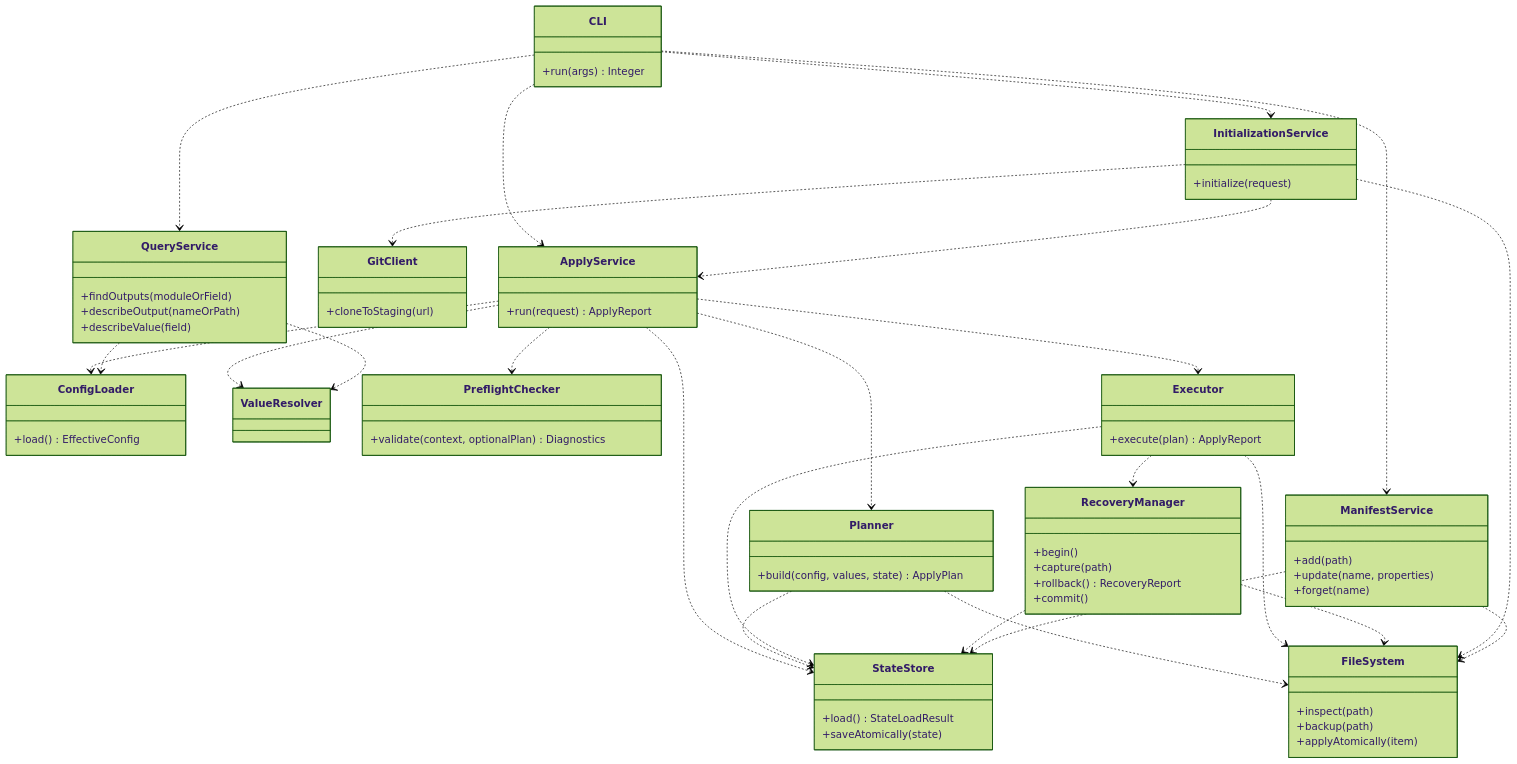
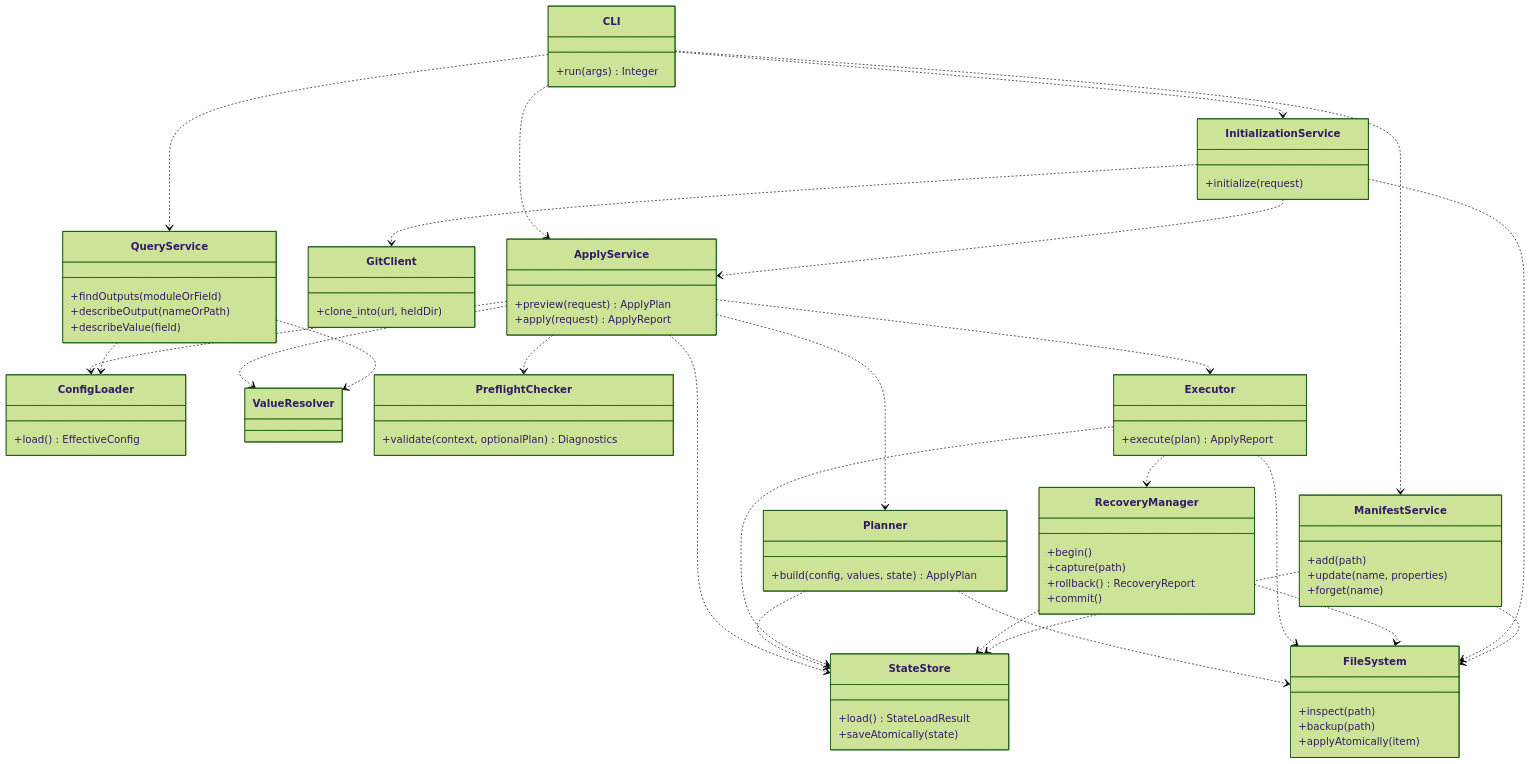
The fourth of 10 diagrams in docs/03-preliminary-design/uml.md (accidental-two-timer-sam-woof/rosamta-waterfall), drawn with Mermaid (forest theme) before and after one commit. The commit also changed other lines of this file, not shown here.

Commit message:
docs(design): align preliminary UML with SRS 1.5

````diff
--- a/docs/03-preliminary-design/uml.md
+++ b/docs/03-preliminary-design/uml.md
@@ -223,78 +267,79 @@
 ```mermaid
 classDiagram
     direction TB
     class CLI {
         +run(args) Integer
     }
     class ApplyService {
-        +run(request) ApplyReport
+        +preview(request) ApplyPlan
+        +apply(request) ApplyReport
     }
     class ConfigLoader {
         +load() EffectiveConfig
     }
     class ValueResolver
     class Planner {
         +build(config, values, state) ApplyPlan
     }
     class PreflightChecker {
         +validate(context, optionalPlan) Diagnostics
     }
     class Executor {
         +execute(plan) ApplyReport
     }
     class RecoveryManager {
         +begin()
         +capture(path)
         +rollback() RecoveryReport
         +commit()
     }
     class StateStore {
         +load() StateLoadResult
         +saveAtomically(state)
     }
     class FileSystem {
         +inspect(path)
         +backup(path)
         +applyAtomically(item)
     }
     class InitializationService {
         +initialize(request)
     }
     class GitClient {
-        +cloneToStaging(url)
+        +clone_into(url, heldDir)
     }
     class ManifestService {
         +add(path)
         +update(name, properties)
         +forget(name)
     }
     class QueryService {
         +findOutputs(moduleOrField)
         +describeOutput(nameOrPath)
         +describeValue(field)
     }
     CLI ..> ApplyService
     CLI ..> InitializationService
     CLI ..> ManifestService
     CLI ..> QueryService
     ApplyService ..> ConfigLoader
     ApplyService ..> ValueResolver
     ApplyService ..> Planner
     ApplyService ..> PreflightChecker
     ApplyService ..> Executor
     ApplyService ..> StateStore
     Planner ..> FileSystem
     Planner ..> StateStore
     Executor ..> FileSystem
     Executor ..> RecoveryManager
     Executor ..> StateStore
     RecoveryManager ..> FileSystem
     RecoveryManager ..> StateStore
     InitializationService ..> GitClient
     InitializationService ..> ApplyService
     InitializationService ..> FileSystem
     ManifestService ..> StateStore
     ManifestService ..> FileSystem
     QueryService ..> ConfigLoader
     QueryService ..> ValueResolver
 ```
````
